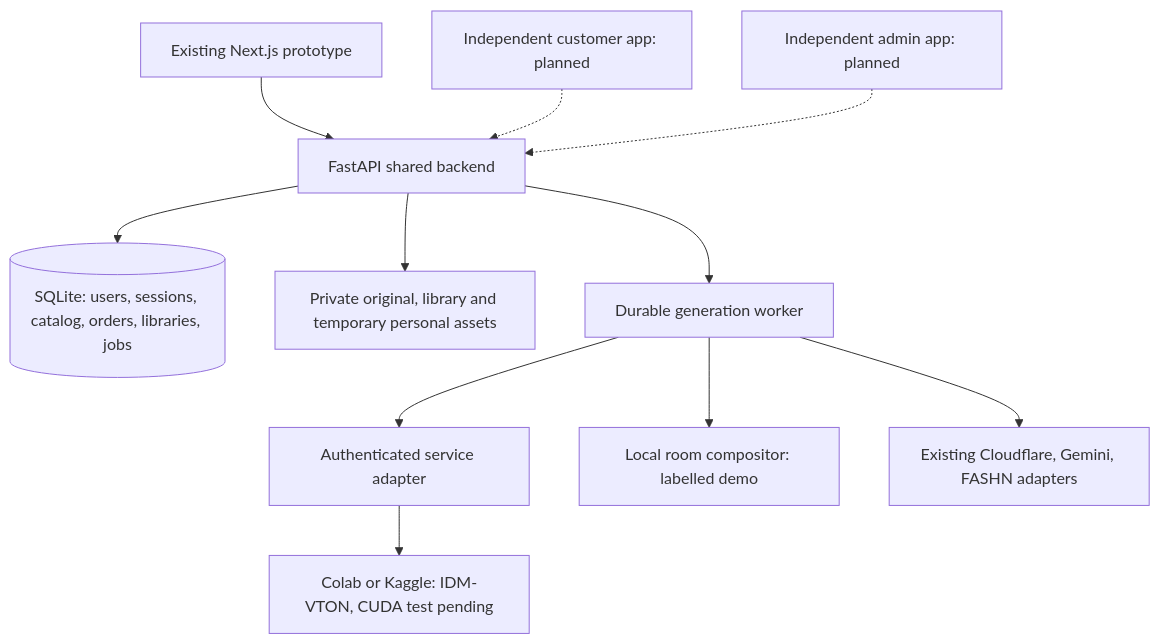
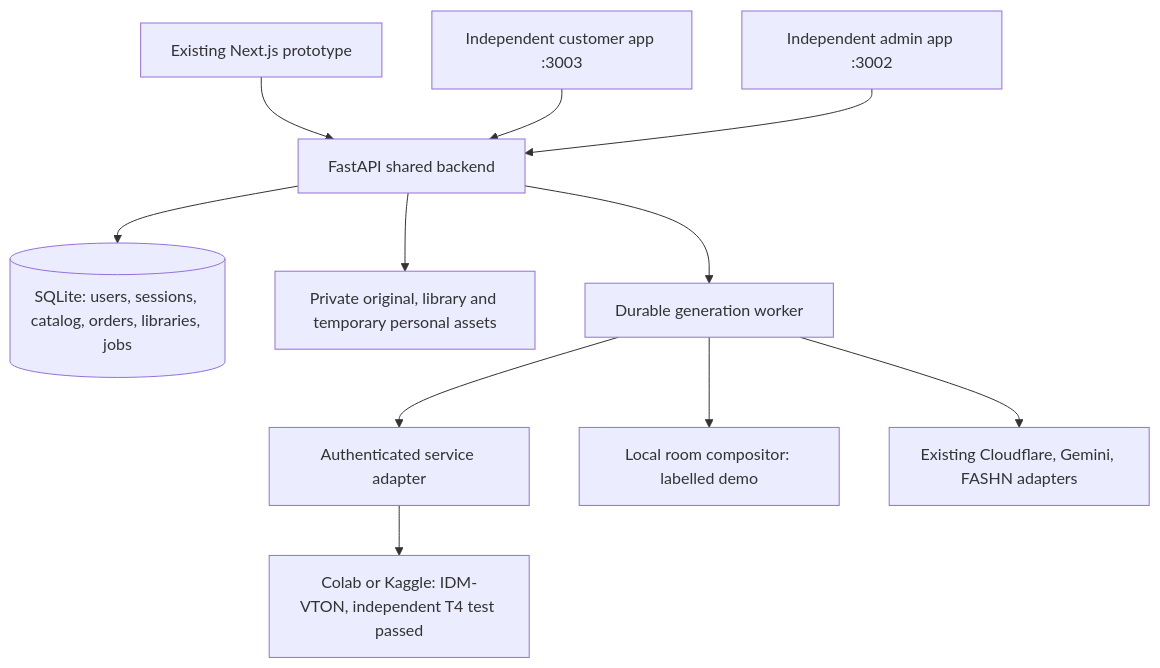
One commit to amrit2603/Style-it-your-way changed the diagram in ARCHITECTURE.md. Above: the diagram before and after it, drawn with Mermaid. The commit also changed other lines of this file and 48 other files, not shown here.

````diff
--- a/ARCHITECTURE.md
+++ b/ARCHITECTURE.md
@@ -5,13 +5,13 @@
 ```mermaid
 flowchart TB
   Current[Existing Next.js prototype] --> API[FastAPI shared backend]
-  Client[Independent customer app: planned] -.-> API
-  Admin[Independent admin app: planned] -.-> API
+  Client[Independent customer app :3003] --> API
+  Admin[Independent admin app :3002] --> API
   API --> DB[(SQLite: users, sessions, catalog, orders, libraries, jobs)]
   API --> Files[Private original, library and temporary personal assets]
   API --> Worker[Durable generation worker]
   Worker --> Adapter[Authenticated service adapter]
-  Adapter --> GPU[Colab or Kaggle: IDM-VTON, CUDA test pending]
+  Adapter --> GPU[Colab or Kaggle: IDM-VTON, independent T4 test passed]
   Worker --> Room[Local room compositor: labelled demo]
   Worker --> Existing[Existing Cloudflare, Gemini, FASHN adapters]
 ```
````
